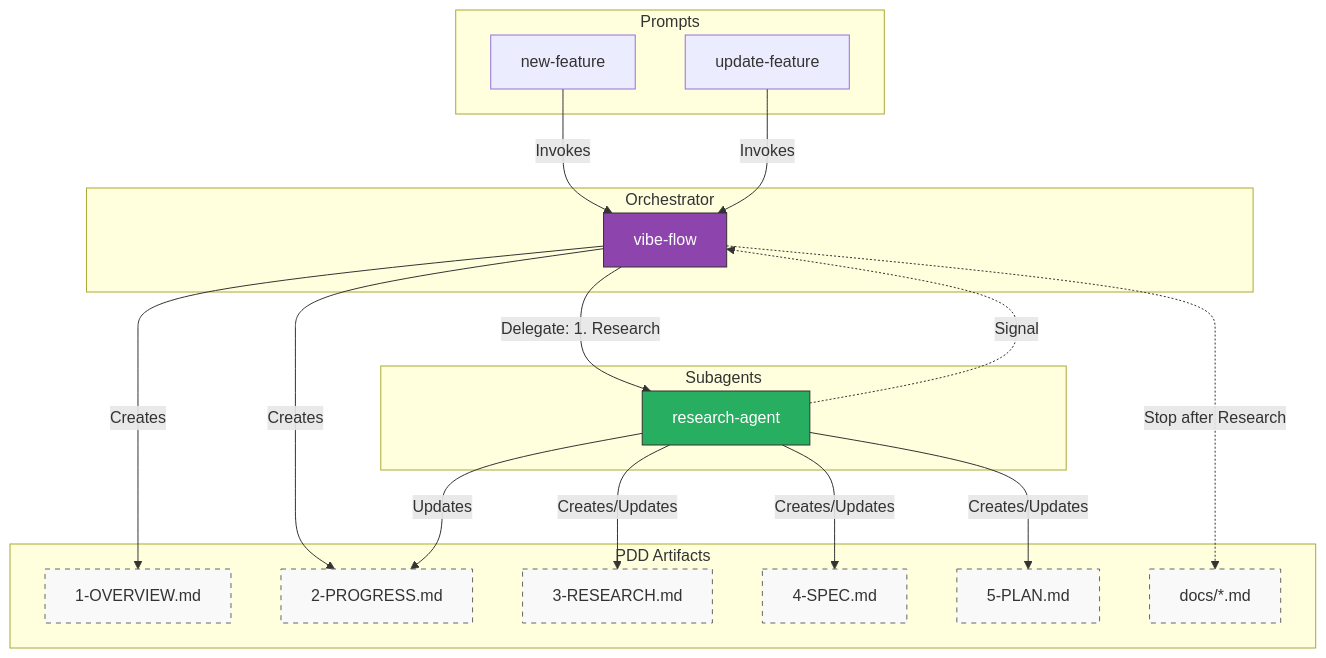
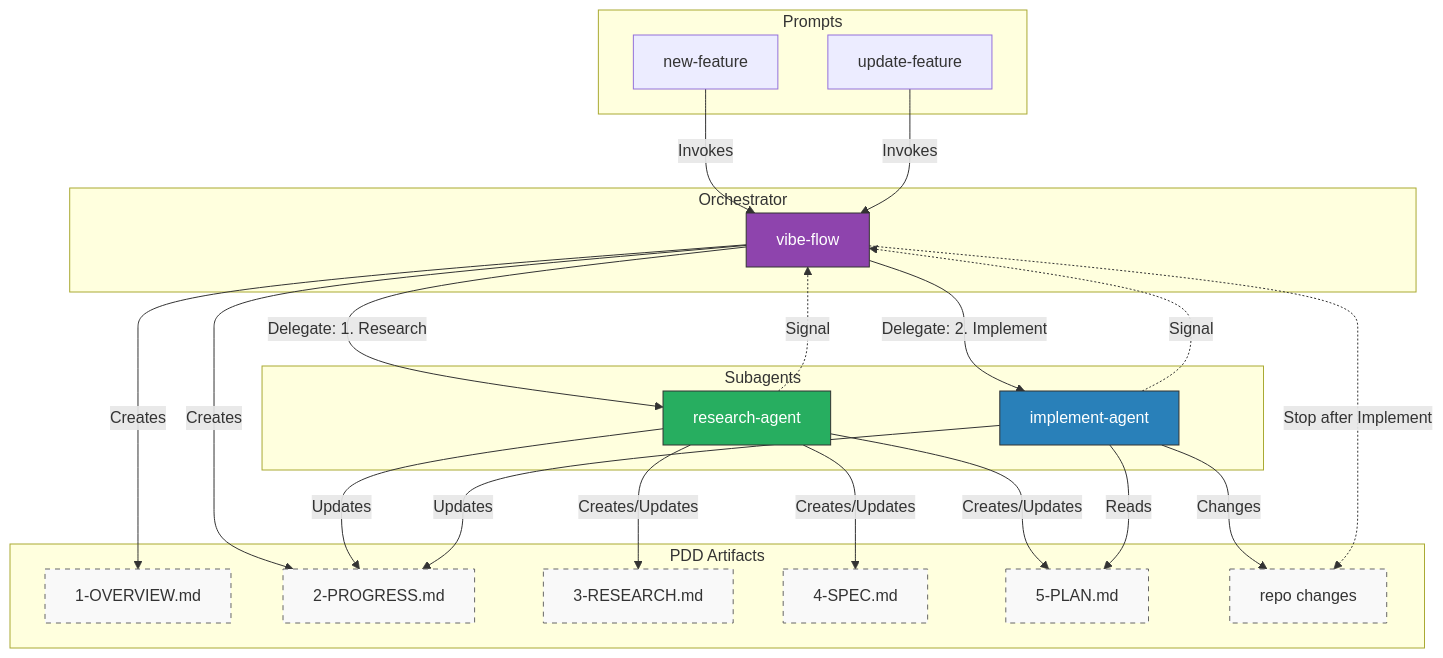
Before and after one commit to sammykumar/vibe-flow-agent-orchestrator: the first of 2 diagrams in README.md, drawn with Mermaid. The commit also changed other lines of this file and 9 other files, not shown here.

````diff
--- a/README.md
+++ b/README.md
@@ -23,49 +23,57 @@
 ```mermaid
 graph TD
     subgraph "Prompts"
         NF[new-feature]
         UF[update-feature]
     end
 
     subgraph "Orchestrator"
         VF[vibe-flow]
     end
 
     subgraph "Subagents"
         RA[research-agent]
+        IA[implement-agent]
     end
 
     subgraph "PDD Artifacts"
         F1[1-OVERVIEW.md]
         F2[2-PROGRESS.md]
         F3[3-RESEARCH.md]
         F4[4-SPEC.md]
         F5[5-PLAN.md]
-        DOCS[docs/*.md]
+        CODE[repo changes]
     end
 
     NF & UF -->|Invokes| VF
 
     %% Orchestrator inits
     VF -->|Creates| F1
     VF -->|Creates| F2
 
     VF -->|Delegate: 1. Research| RA
     RA -->|Creates/Updates| F3
     RA -->|Creates/Updates| F4
     RA -->|Creates/Updates| F5
     RA -->|Updates| F2
     RA -.->|Signal| VF
 
-    VF -.->|Stop after Research| DOCS
+    VF -->|Delegate: 2. Implement| IA
+    IA -->|Reads| F5
+    IA -->|Updates| F2
+    IA -->|Changes| CODE
+    IA -.->|Signal| VF
+
+    VF -.->|Stop after Implement| CODE
 
     style VF fill:#8e44ad,stroke:#333,color:#fff
     style RA fill:#27ae60,stroke:#333,color:#fff
+    style IA fill:#2980b9,stroke:#333,color:#fff
 
     style F1 fill:#f9f9f9,stroke:#666,stroke-dasharray: 5 5
     style F2 fill:#f9f9f9,stroke:#666,stroke-dasharray: 5 5
     style F3 fill:#f9f9f9,stroke:#666,stroke-dasharray: 5 5
     style F4 fill:#f9f9f9,stroke:#666,stroke-dasharray: 5 5
     style F5 fill:#f9f9f9,stroke:#666,stroke-dasharray: 5 5
-    style DOCS fill:#f9f9f9,stroke:#666,stroke-dasharray: 5 5
+    style CODE fill:#f9f9f9,stroke:#666,stroke-dasharray: 5 5
 ```
````
